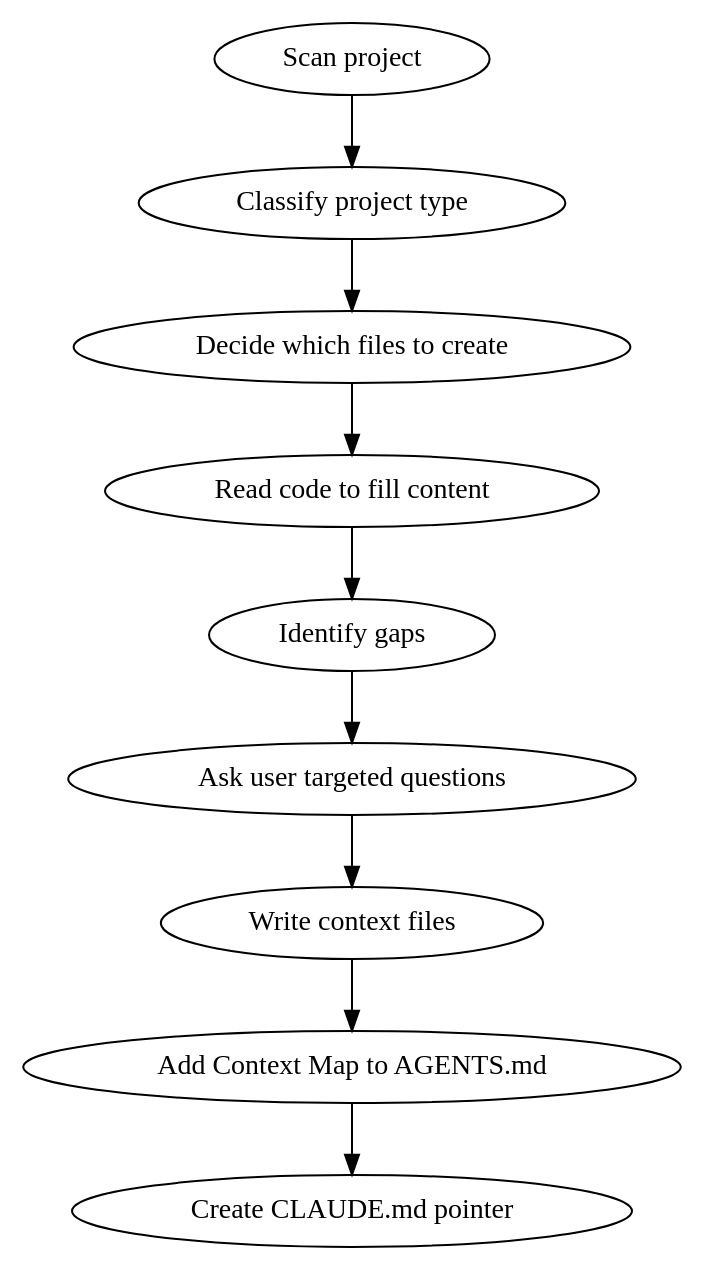
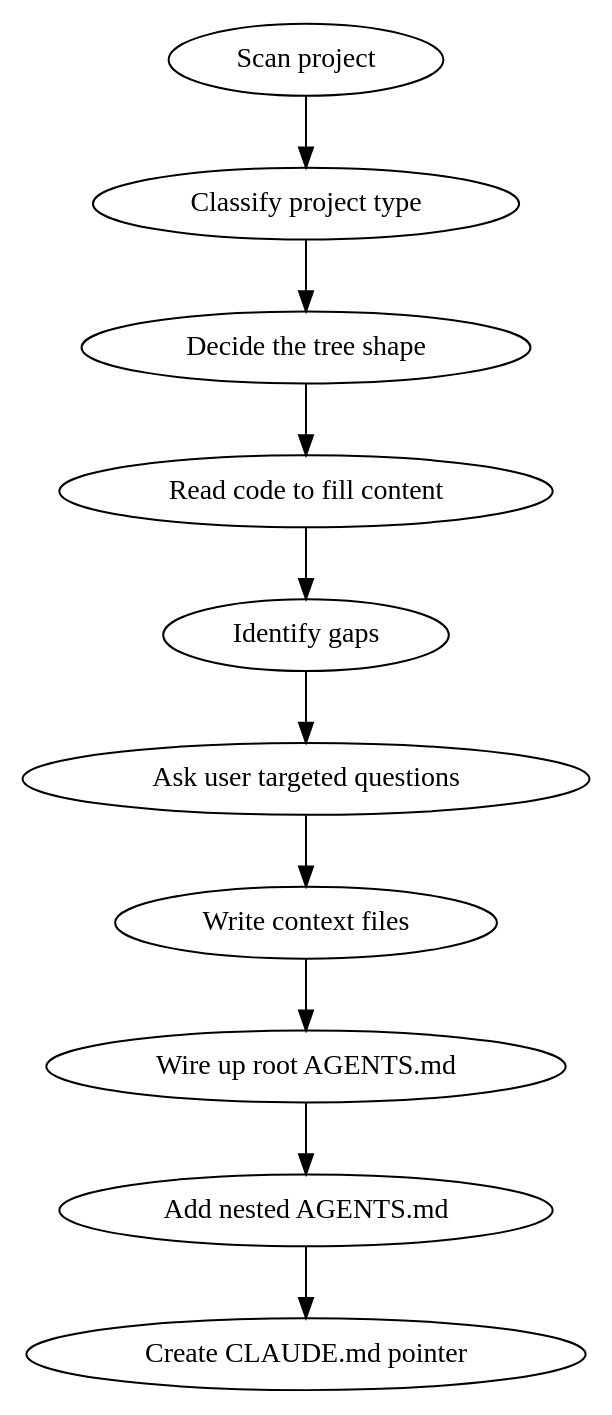
Before and after one commit to andrewcodesit/skills: the diagram in skills/context/init-context-files/SKILL.md, drawn with Graphviz. The commit also changed other lines of this file and 17 other files, not shown here.

````diff
--- a/skills/context/init-context-files/SKILL.md
+++ b/skills/context/init-context-files/SKILL.md
@@ -14,13 +31,14 @@
 ```dot
 digraph flow {
   rankdir=TB;
   "Scan project" -> "Classify project type";
-  "Classify project type" -> "Decide which files to create";
-  "Decide which files to create" -> "Read code to fill content";
+  "Classify project type" -> "Decide the tree shape";
+  "Decide the tree shape" -> "Read code to fill content";
   "Read code to fill content" -> "Identify gaps";
   "Identify gaps" -> "Ask user targeted questions";
   "Ask user targeted questions" -> "Write context files";
-  "Write context files" -> "Add Context Map to AGENTS.md";
-  "Add Context Map to AGENTS.md" -> "Create CLAUDE.md pointer";
+  "Write context files" -> "Wire up root AGENTS.md";
+  "Wire up root AGENTS.md" -> "Add nested AGENTS.md";
+  "Add nested AGENTS.md" -> "Create CLAUDE.md pointer";
 }
 ```
````
